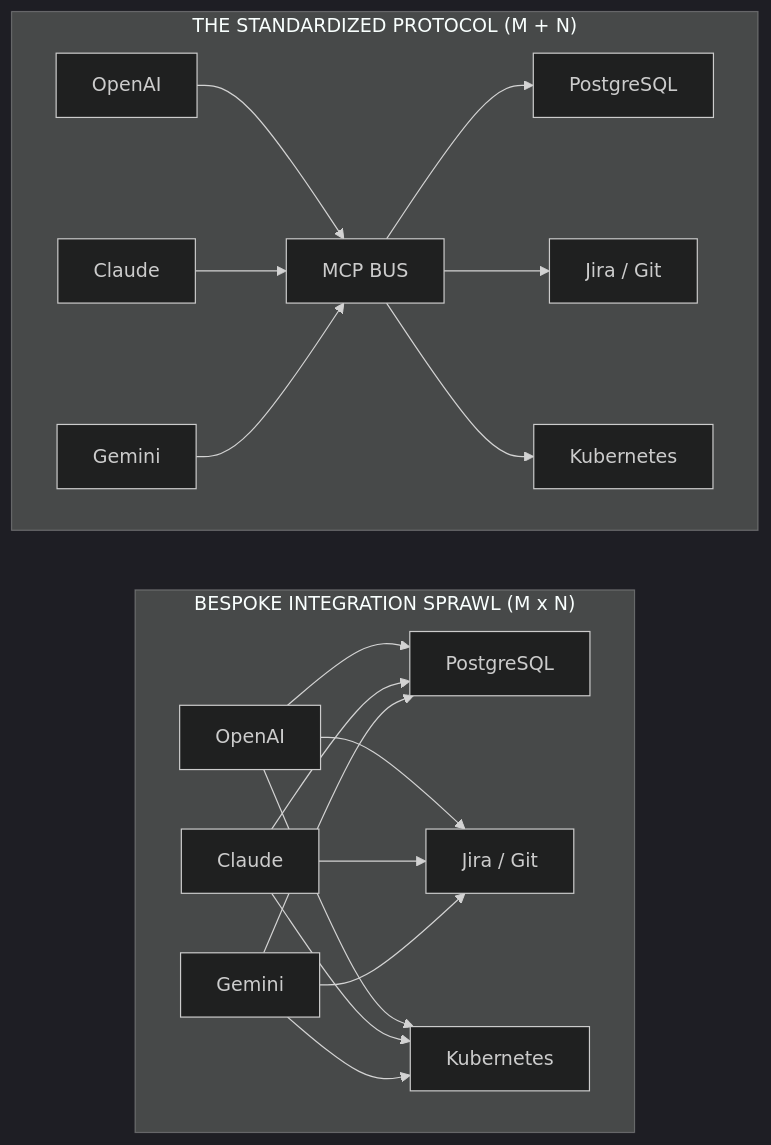
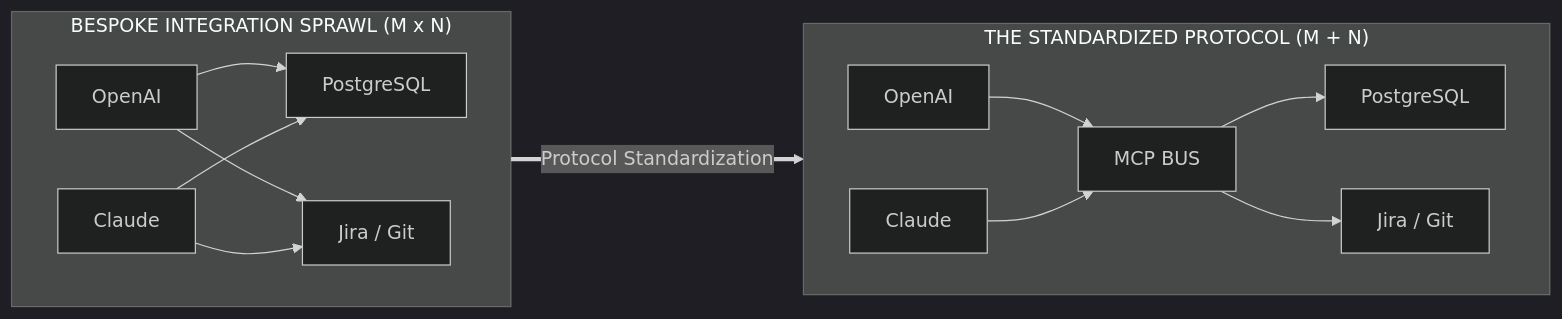
The second of 5 diagrams in 03-tools-and-model-context-protocol/README.md (dip4k/senior-engineer-to-ai-engineer-roadmap), drawn with Mermaid (dark theme) before and after one commit. The commit also changed other lines of this file and 39 other files, not shown here.

First line of the commit message:
Enhance use case documentation for Enterprise AI, including new architectural standards and resilience implementations

````diff
--- a/03-tools-and-model-context-protocol/README.md
+++ b/03-tools-and-model-context-protocol/README.md
@@ -107,28 +57,22 @@
 ```mermaid
 flowchart LR
     subgraph Bespoke["BESPOKE INTEGRATION SPRAWL (M x N)"]
         direction LR
         O1["OpenAI"] --> DB1["PostgreSQL"]
         O1 --> Jira1["Jira / Git"]
-        O1 --> K8s1["Kubernetes"]
         
         C1["Claude"] --> DB1
         C1 --> Jira1
-        C1 --> K8s1
-        
-        G1["Gemini"] --> DB1
-        G1 --> Jira1
-        G1 --> K8s1
     end
     
     subgraph MCP["THE STANDARDIZED PROTOCOL (M + N)"]
         direction LR
         O2["OpenAI"] --> Bus["MCP BUS"]
         C2["Claude"] --> Bus
-        G2["Gemini"] --> Bus
         
         Bus --> DB2["PostgreSQL"]
         Bus --> Jira2["Jira / Git"]
-        Bus --> K8s2["Kubernetes"]
     end
+
+    Bespoke ==>|"Protocol Standardization"| MCP
 ```
````
